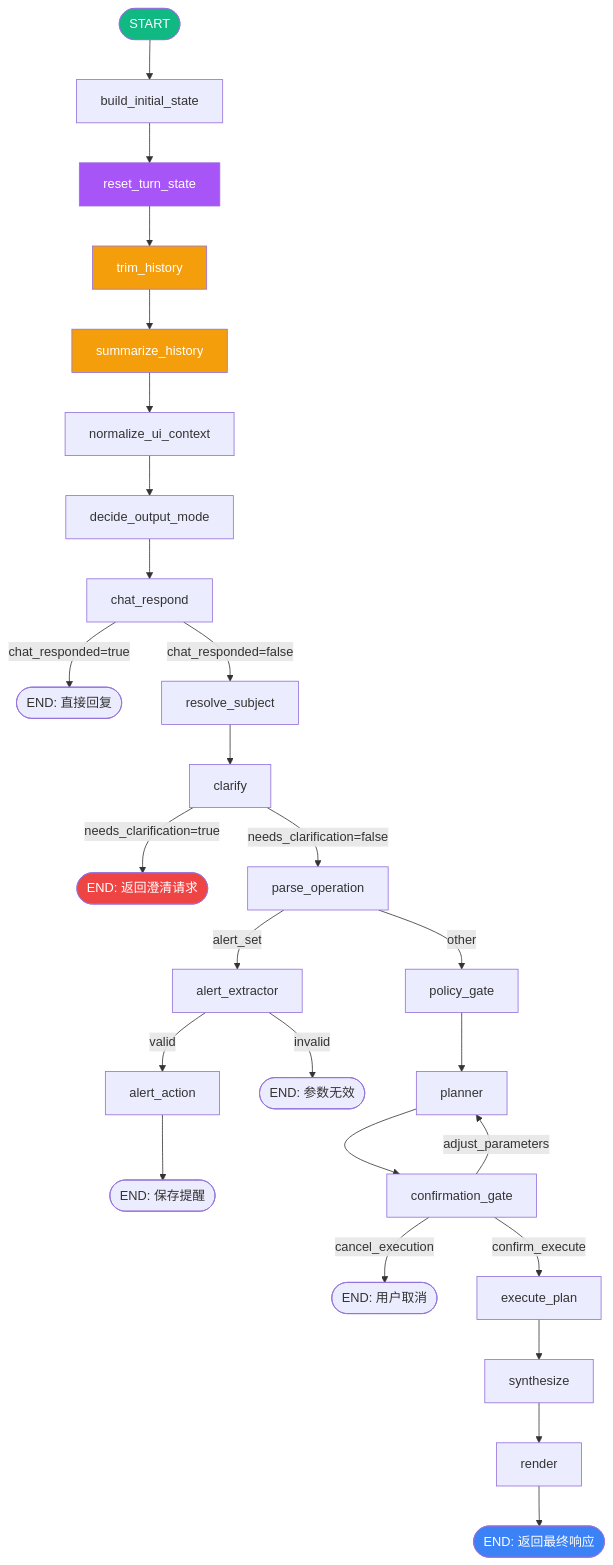
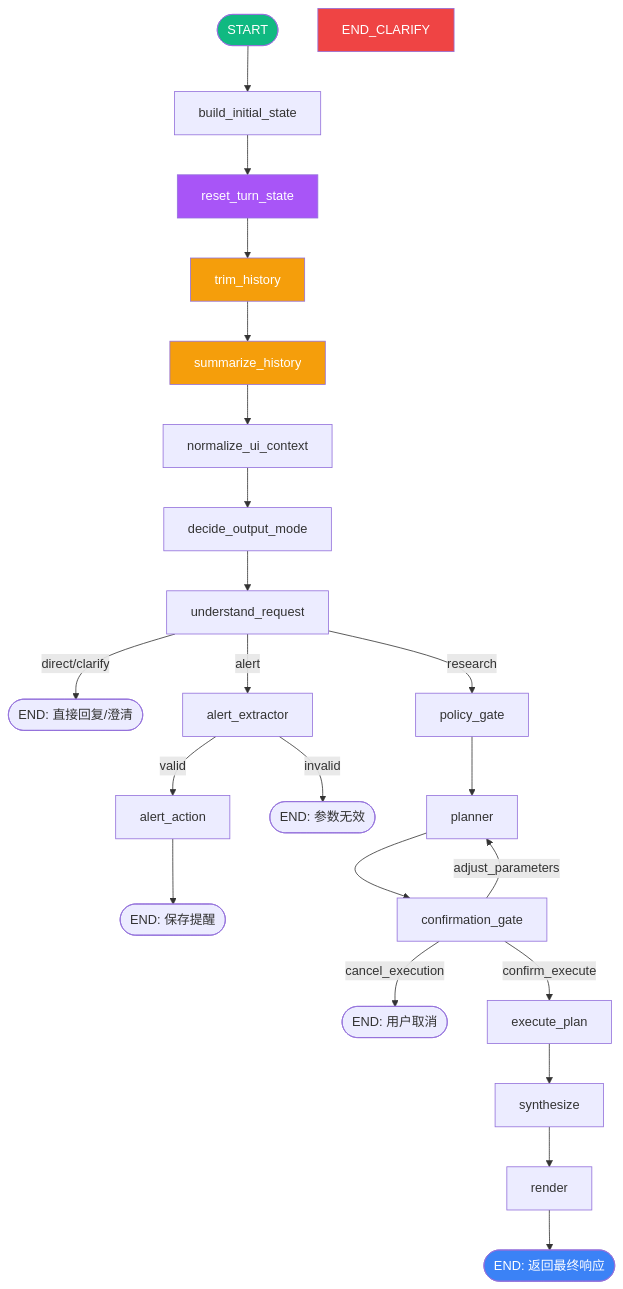
Before and after one commit to kkkano/FinSight: the first of 3 diagrams in docs/LANGGRAPH_FLOW.md, drawn with Mermaid. The commit also changed other lines of this file and 14 other files, not shown here.

````diff
--- a/docs/LANGGRAPH_FLOW.md
+++ b/docs/LANGGRAPH_FLOW.md
@@ -11,37 +11,31 @@
 ```mermaid
 graph TD
     START([START]) --> build_initial_state
     build_initial_state --> reset_turn_state
     reset_turn_state --> trim_history
     trim_history --> summarize_history
     summarize_history --> normalize_ui_context
     normalize_ui_context --> decide_output_mode
-    decide_output_mode --> chat_respond
-    chat_respond -->|chat_responded=true| END_CHAT([END: 直接回复])
-    chat_respond -->|chat_responded=false| resolve_subject
-    resolve_subject --> clarify
-
-    clarify -->|needs_clarification=true| END_CLARIFY([END: 返回澄清请求])
-    clarify -->|needs_clarification=false| parse_operation
-
-    parse_operation -->|alert_set| alert_extractor
+    decide_output_mode --> understand_request
+    understand_request -->|direct/clarify| END_CHAT([END: 直接回复/澄清])
+    understand_request -->|alert| alert_extractor
     alert_extractor -->|valid| alert_action
     alert_action --> END_ALERT([END: 保存提醒])
     alert_extractor -->|invalid| END_ALERT_INVALID([END: 参数无效])
-    parse_operation -->|other| policy_gate
+    understand_request -->|research| policy_gate
     policy_gate --> planner
     planner --> confirmation_gate
     confirmation_gate -->|cancel_execution| END_CANCEL([END: 用户取消])
     confirmation_gate -->|adjust_parameters| planner
     confirmation_gate -->|confirm_execute| execute_plan
     execute_plan --> synthesize
     synthesize --> render
     render --> END_DONE([END: 返回最终响应])
 
     style START fill:#10b981,color:#fff
     style reset_turn_state fill:#a855f7,color:#fff
     style trim_history fill:#f59e0b,color:#fff
     style summarize_history fill:#f59e0b,color:#fff
     style END_CLARIFY fill:#ef4444,color:#fff
     style END_DONE fill:#3b82f6,color:#fff
 ```
````
